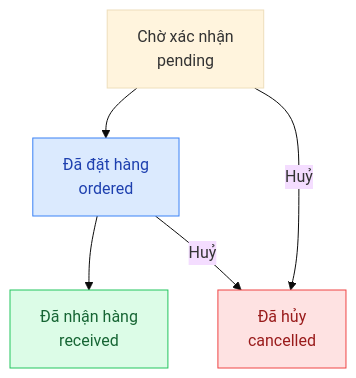
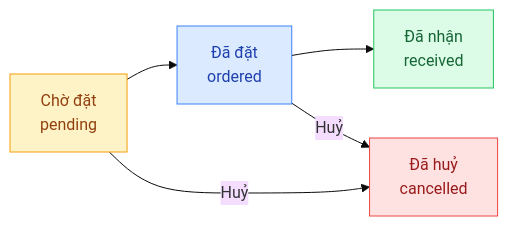
The first of 2 diagrams in docs/guide/owner/supplier-orders.mdx (tiemtaphoakorea/tiemtaphoakorea), drawn with Mermaid (base theme) before and after one commit. The commit also changed other lines of this file and 48 other files, not shown here.

````diff
--- a/docs/guide/owner/supplier-orders.mdx
+++ b/docs/guide/owner/supplier-orders.mdx
@@ -18,10 +16,11 @@
 ```mermaid
-flowchart TD
-    A["Chờ xác nhận<br/>pending"] --> B["Đã đặt hàng<br/>ordered"]
-    B --> C["Đã nhận hàng<br/>received"]
-    A & B -->|Huỷ| D["Đã hủy<br/>cancelled"]
+flowchart LR
+    A["Chờ đặt<br/>pending"] --> B["Đã đặt<br/>ordered"]
+    B --> C["Đã nhận<br/>received"]
+    A & B -->|Huỷ| D["Đã huỷ<br/>cancelled"]
 
+    style A fill:#fef3c7,stroke:#f59e0b,color:#92400e
+    style B fill:#dbeafe,stroke:#3b82f6,color:#1e40af
+    style C fill:#dcfce7,stroke:#22c55e,color:#166534
     style D fill:#fee2e2,stroke:#ef4444,color:#991b1b
-    style C fill:#dcfce7,stroke:#22c55e,color:#166534
-    style B fill:#dbeafe,stroke:#3b82f6,color:#1e40af
 ```
````
